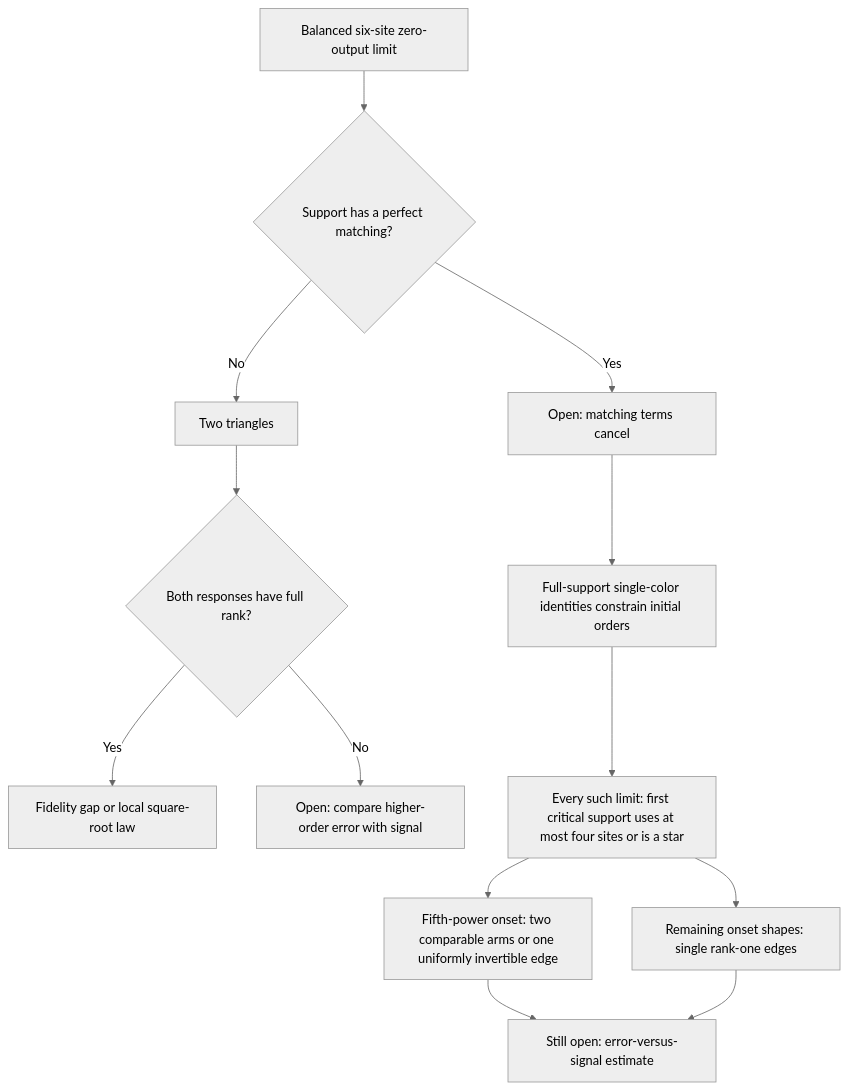
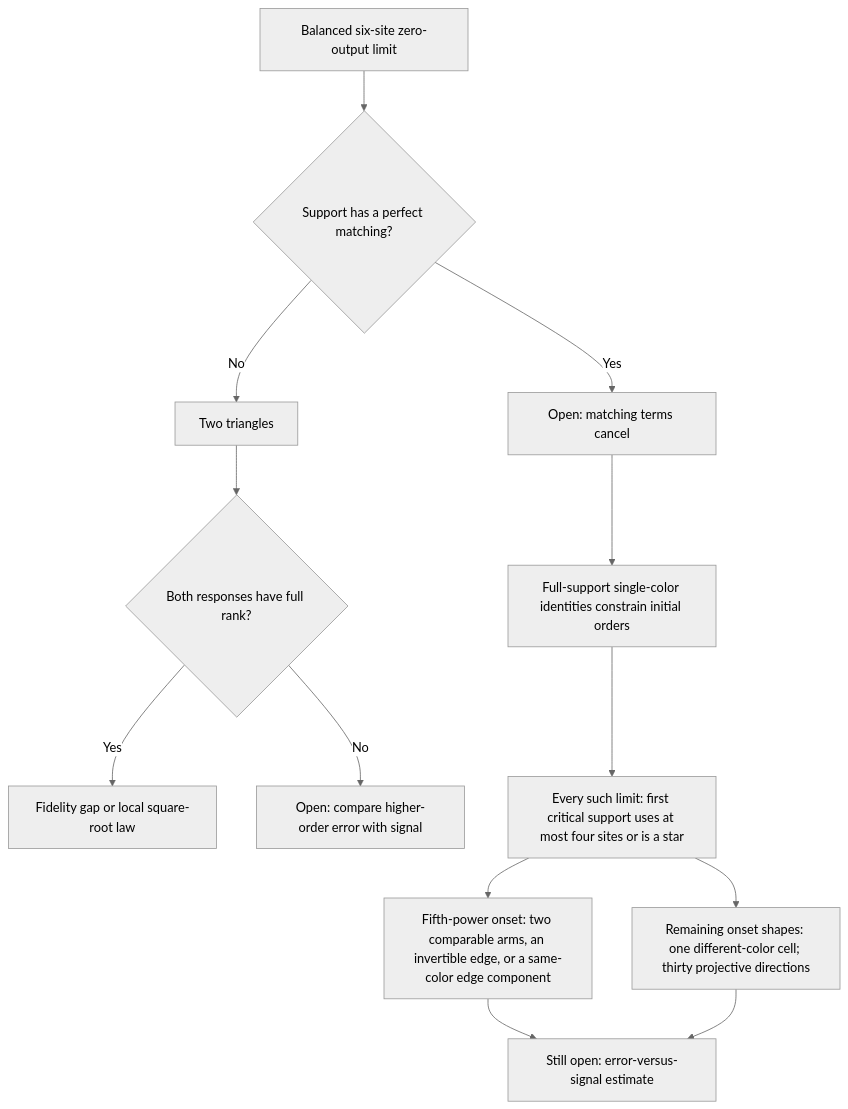
One commit to rrajasek95/krenn-conjecture changed the diagram in research/ghz-rates/README.md. Above: the diagram before and after it, drawn with Mermaid (neutral theme). The commit also changed other lines of this file and 10 other files, not shown here.

Commit message:
Apply binary adjugate responses to same-color GHZ onset

```diff
--- a/research/ghz-rates/README.md
+++ b/research/ghz-rates/README.md
@@ -53,15 +54,15 @@
 ~~~mermaid
 flowchart TD
     A["Balanced six-site zero-output limit"] --> B{"Support has a perfect matching?"}
     B -->|No| C["Two triangles"]
     C --> D{"Both responses have full rank?"}
     D -->|Yes| E["Fidelity gap or local square-root law"]
     D -->|No| F["Open: compare higher-order error with signal"]
     B -->|Yes| G["Open: matching terms cancel"]
     G --> H["Full-support single-color identities constrain initial orders"]
     H --> I["Every such limit: first critical support uses at most four sites or is a star"]
-    I --> J["Fifth-power onset: two comparable arms or one uniformly invertible edge"]
-    I --> K["Remaining onset shapes: single rank-one edges"]
+    I --> J["Fifth-power onset: two comparable arms, an invertible edge, or a same-color edge component"]
+    I --> K["Remaining onset shapes: one different-color cell; thirty projective directions"]
     J --> L["Still open: error-versus-signal estimate"]
     K --> L
 ~~~
```
